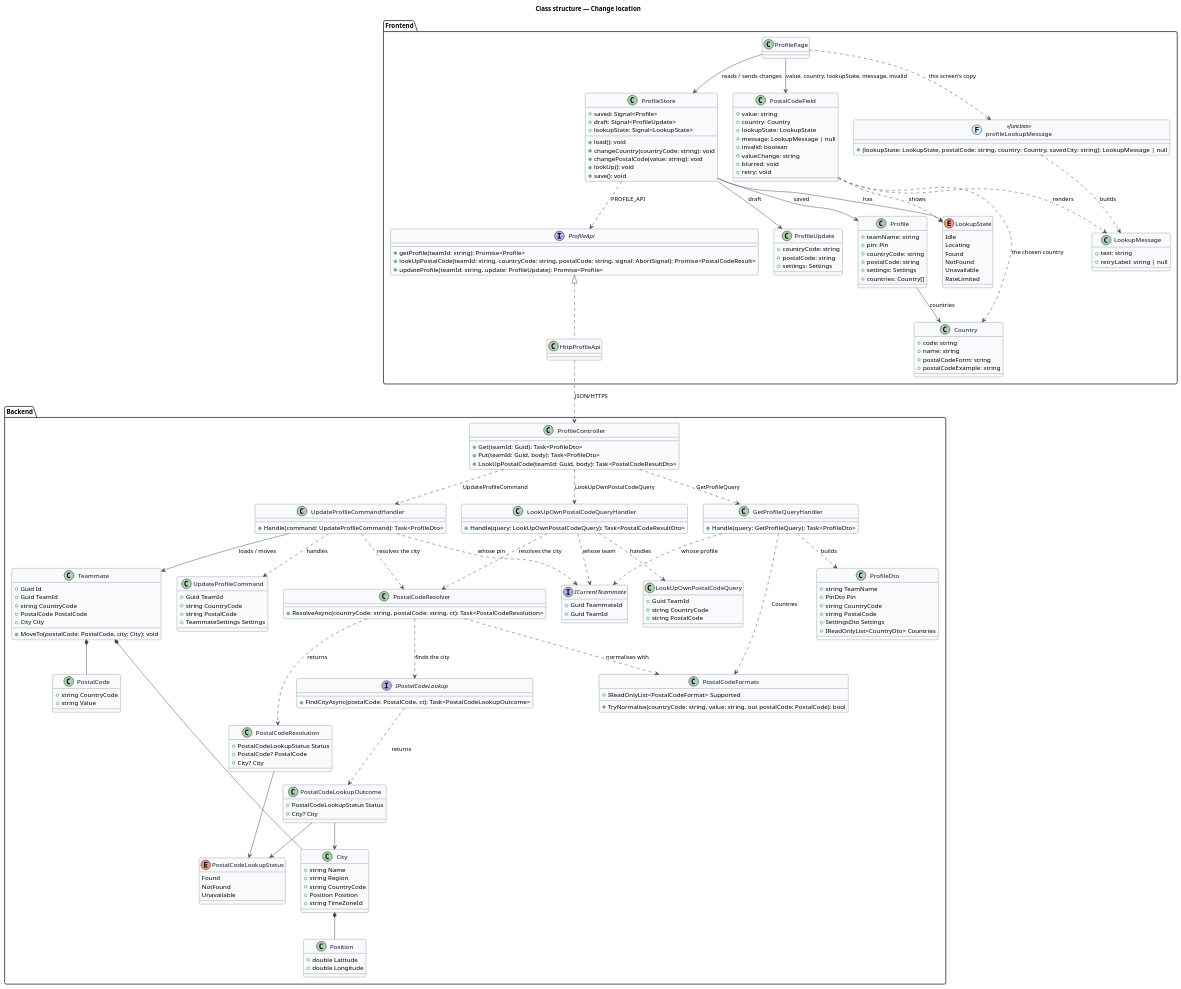
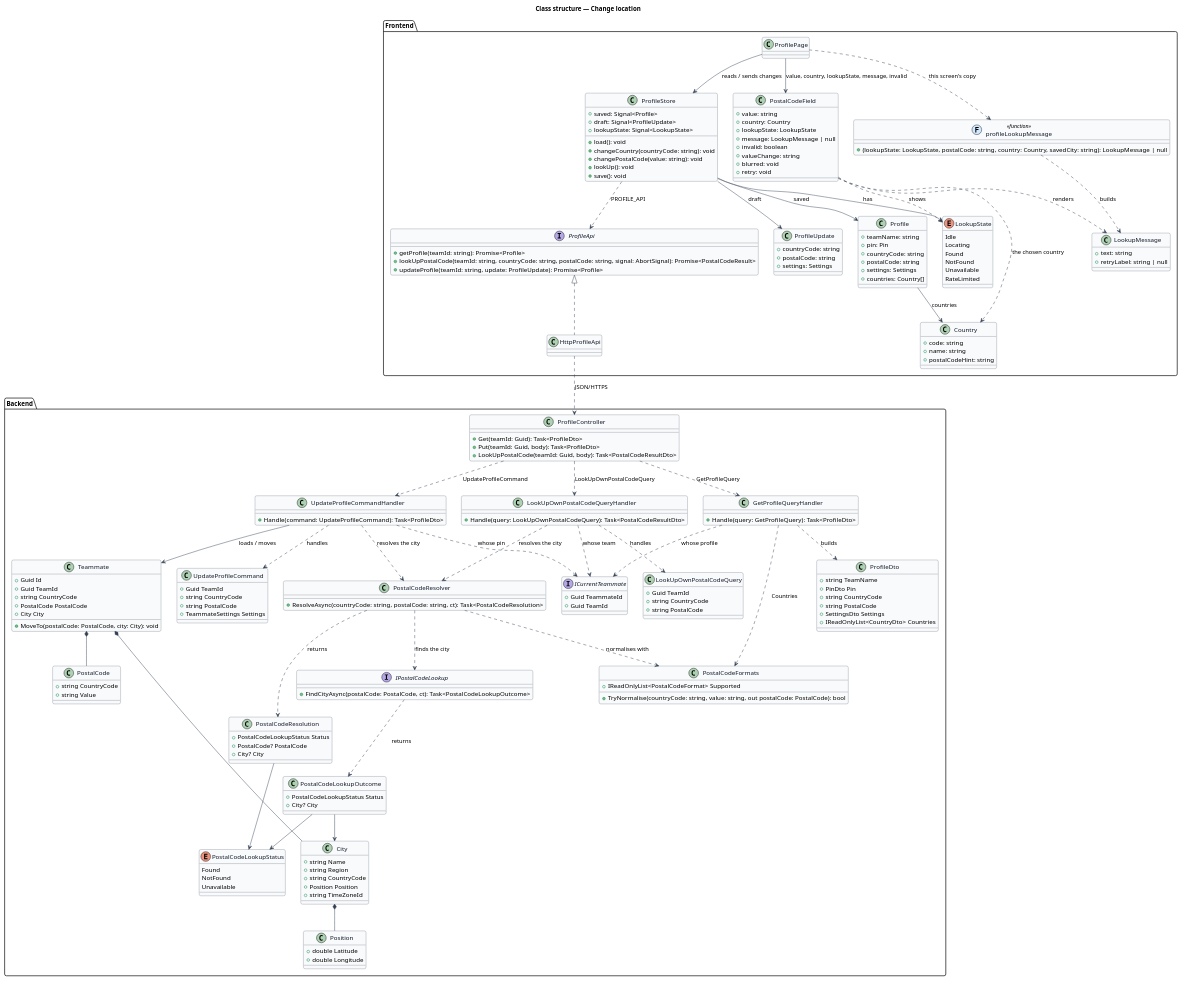
One commit to QuinntyneBrown/Mondino changed the diagram in docs/detailed-designs/profile/change-location/diagrams/class-structure.puml. Above: the diagram before and after it, drawn with PlantUML. The commit also changed 20 other files, not shown here.

```diff
--- a/docs/detailed-designs/profile/change-location/diagrams/class-structure.puml
+++ b/docs/detailed-designs/profile/change-location/diagrams/class-structure.puml
@@ -67,8 +67,7 @@
   class Country {
     +code: string
     +name: string
-    +postalCodeForm: string
-    +postalCodeExample: string
+    +postalCodeHint: string
   }
   class profileLookupMessage << (F,#D1E9FF) function >> {
     +(lookupState: LookupState, postalCode: string, country: Country, savedCity: string): LookupMessage | null
```
